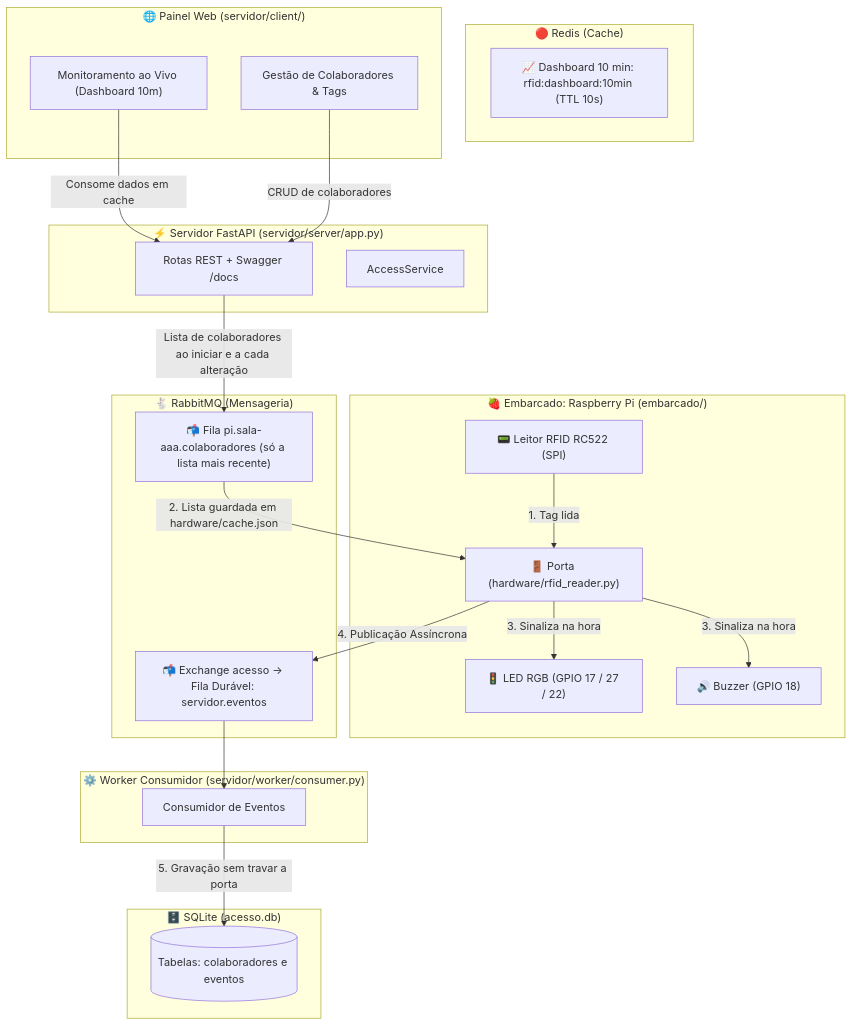
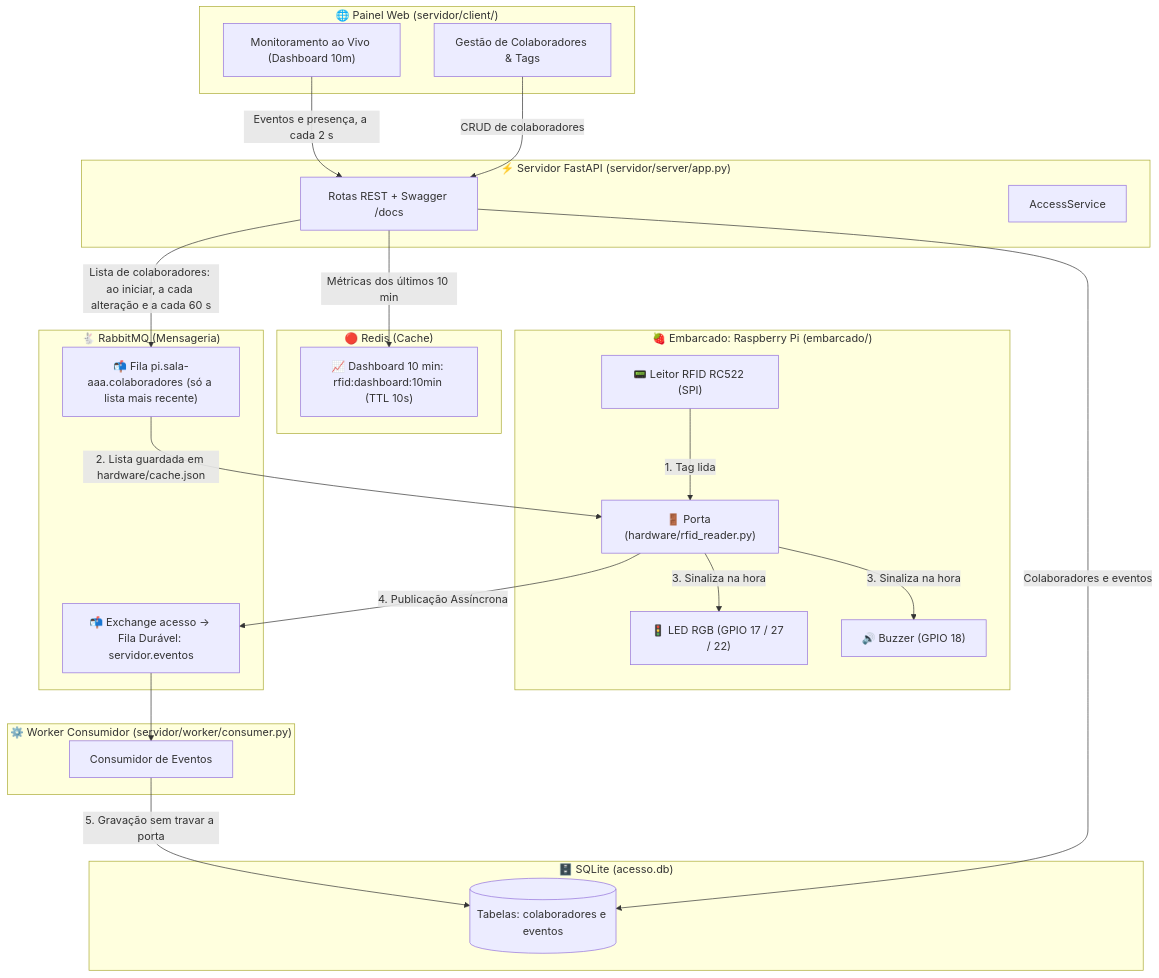
The diagram in README.md (gabhmm/controle-acesso-rfid), drawn with Mermaid before and after one commit. The commit also changed other lines of this file, not shown here.

````diff
--- a/README.md
+++ b/README.md
@@ -9,47 +9,49 @@
 ```mermaid
 flowchart TD
     subgraph Hardware ["🍓 Embarcado: Raspberry Pi (embarcado/)"]
         RC522["📟 Leitor RFID RC522 (SPI)"]
         Porta["🚪 Porta (hardware/rfid_reader.py)"]
         LED["🚦 LED RGB (GPIO 17 / 27 / 22)"]
         BUZZ["🔊 Buzzer (GPIO 18)"]
     end
 
     subgraph API_FastAPI ["⚡ Servidor FastAPI (servidor/server/app.py)"]
         API["Rotas REST + Swagger /docs"]
         Service["AccessService"]
     end
 
     subgraph Cache_Redis ["🔴 Redis (Cache)"]
         R_Dash["📈 Dashboard 10 min: rfid:dashboard:10min (TTL 10s)"]
     end
 
     subgraph Mensageria_RabbitMQ ["🐇 RabbitMQ (Mensageria)"]
         Queue["📬 Exchange acesso → Fila Durável: servidor.eventos"]
         QueuePi["📬 Fila pi.sala-aaa.colaboradores (só a lista mais recente)"]
     end
 
     subgraph Background_Worker ["⚙️ Worker Consumidor (servidor/worker/consumer.py)"]
         Worker["Consumidor de Eventos"]
     end
 
     subgraph Database ["🗄️ SQLite (acesso.db)"]
         DB[(Tabelas: colaboradores e eventos)]
     end
 
     subgraph WebClient ["🌐 Painel Web (servidor/client/)"]
         WebAdmin["Gestão de Colaboradores & Tags"]
         WebMonitor["Monitoramento ao Vivo (Dashboard 10m)"]
     end
 
     RC522 -->|1. Tag lida| Porta
-    API -->|Lista de colaboradores ao iniciar e a cada alteração| QueuePi
+    API -->|Lista de colaboradores: ao iniciar, a cada alteração e a cada 60 s| QueuePi
     QueuePi -->|2. Lista guardada em hardware/cache.json| Porta
     Porta -->|3. Sinaliza na hora| LED
     Porta -->|3. Sinaliza na hora| BUZZ
     Porta -->|4. Publicação Assíncrona| Queue
     Queue --> Worker
     Worker -->|5. Gravação sem travar a porta| DB
-    WebMonitor -->|Consome dados em cache| API
+    WebMonitor -->|Eventos e presença, a cada 2 s| API
     WebAdmin -->|CRUD de colaboradores| API
+    API -->|Colaboradores e eventos| DB
+    API -->|Métricas dos últimos 10 min| R_Dash
 ```
````
